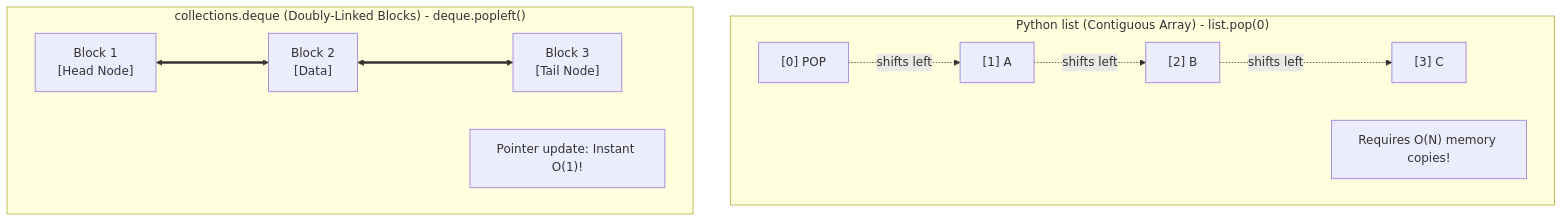
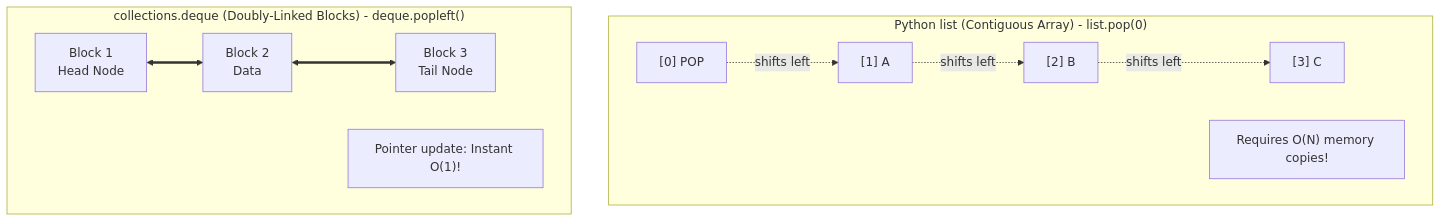
The fourth of 12 diagrams in 2-python-for-JS-Devs.md (pushkar100/notes-python), drawn with Mermaid before and after one commit. The commit also changed other lines of this file and 2 other files, not shown here.

````diff
--- a/2-python-for-JS-Devs.md
+++ b/2-python-for-JS-Devs.md
@@ -1332,15 +1332,15 @@
 ```mermaid
 flowchart TD
-    subgraph Python_List["Python list (Contiguous Array) - list.pop(0)"]
+    subgraph Python_List ["Python list (Contiguous Array) - list.pop(0)"]
         direction LR
         L0["[0] POP"] -.->|shifts left| L1["[1] A"]
         L1 -.->|shifts left| L2["[2] B"]
         L2 -.->|shifts left| L3["[3] C"]
         note1["Requires O(N) memory copies!"]
     end
-    subgraph Python_Deque["collections.deque (Doubly-Linked Blocks) - deque.popleft()"]
+    subgraph Python_Deque ["collections.deque (Doubly-Linked Blocks) - deque.popleft()"]
         direction LR
-        D0["Block 1\n[Head Node]"] <===> D1["Block 2\n[Data]"] <===> D2["Block 3\n[Tail Node]"]
+        D0["Block 1<br/>Head Node"] <==> D1["Block 2<br/>Data"] <==> D2["Block 3<br/>Tail Node"]
         note2["Pointer update: Instant O(1)!"]
     end
 ```
````
